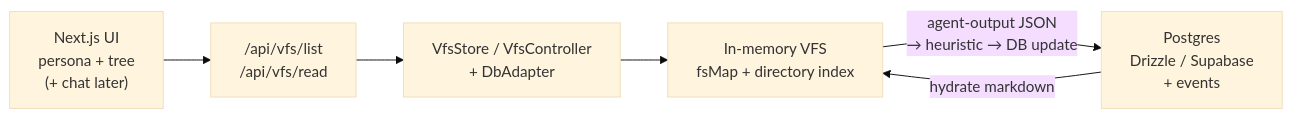
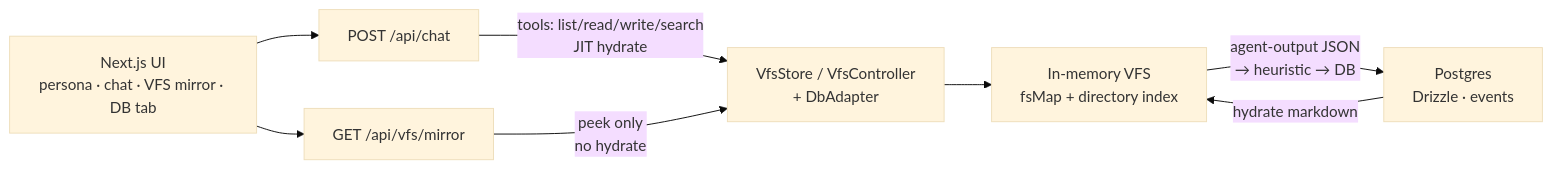
One commit to ritesh28/vfs-marketplace-agent changed the diagram in README.md. Above: the diagram before and after it, drawn with Mermaid (base theme). The commit also changed other lines of this file, not shown here.

````diff
--- a/README.md
+++ b/README.md
@@ -44,12 +47,17 @@
 ```mermaid
 flowchart LR
-  UI["Next.js UI<br/>persona + tree<br/>(+ chat later)"]
-  API["/api/vfs/list<br/>/api/vfs/read"]
+  UI["Next.js UI<br/>persona · chat · VFS mirror · DB tab"]
+  CHAT["POST /api/chat"]
+  MIRROR["GET /api/vfs/mirror"]
   CTRL["VfsStore / VfsController<br/>+ DbAdapter"]
   MEM["In-memory VFS<br/>fsMap + directory index"]
-  DB["Postgres<br/>Drizzle / Supabase<br/>+ events"]
+  DB["Postgres<br/>Drizzle · events"]
 
-  UI --> API --> CTRL --> MEM
+  UI --> CHAT
+  UI --> MIRROR
+  CHAT -->|"tools: list/read/write/search<br/>JIT hydrate"| CTRL
+  MIRROR -->|"peek only<br/>no hydrate"| CTRL
+  CTRL --> MEM
   DB -->|"hydrate markdown"| MEM
-  MEM -->|"agent-output JSON<br/>→ heuristic → DB update"| DB
+  MEM -->|"agent-output JSON<br/>→ heuristic → DB"| DB
 ```
````
